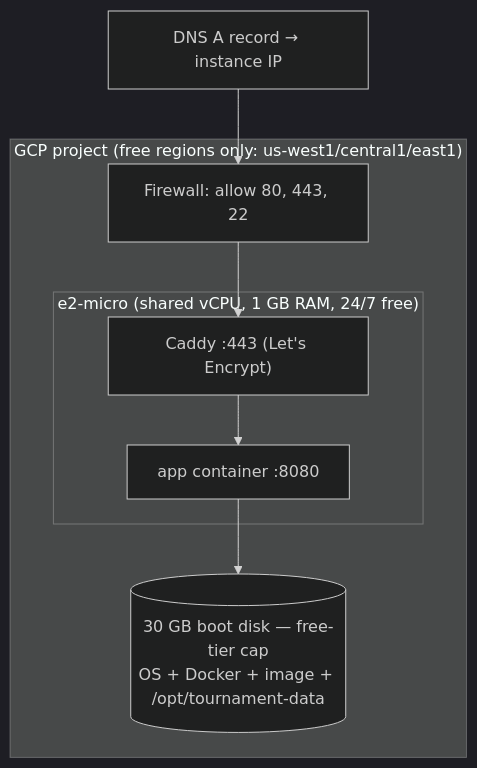
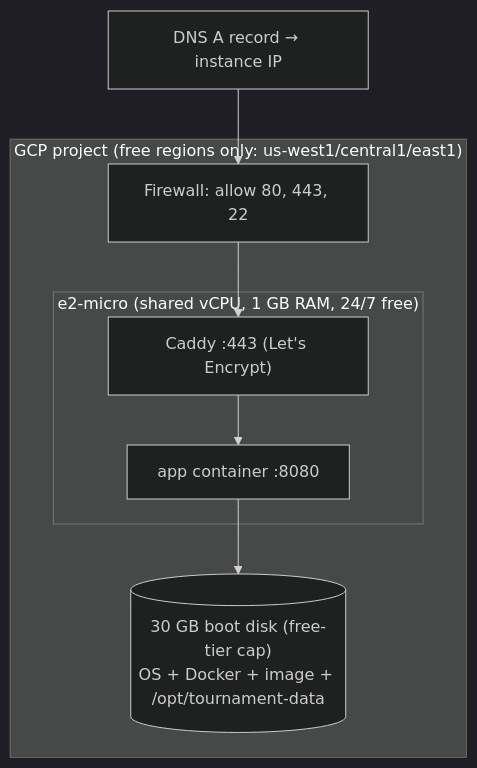
One commit to gitrgoliveira/bracket-creator changed the fourth of 8 diagrams in docs/architecture/infrastructure-architecture.md. Above: the diagram before and after it, drawn with Mermaid (dark theme). The commit also changed other lines of this file and 18 other files, not shown here.

````diff
--- a/docs/architecture/infrastructure-architecture.md
+++ b/docs/architecture/infrastructure-architecture.md
@@ -83,13 +83,13 @@
 ```mermaid
 flowchart TB
     dns["DNS A record → instance IP"] --> fw
     subgraph gcpproj["GCP project (free regions only: us-west1/central1/east1)"]
         fw["Firewall: allow 80, 443, 22"]
         subgraph vm["e2-micro (shared vCPU, 1 GB RAM, 24/7 free)"]
             caddy["Caddy :443 (Let's Encrypt)"]
             app["app container :8080"]
         end
-        pd[("30 GB boot disk — free-tier cap<br/>OS + Docker + image + /opt/tournament-data")]
+        pd[("30 GB boot disk (free-tier cap)<br/>OS + Docker + image + /opt/tournament-data")]
     end
     fw --> caddy --> app --> pd
 ```
````
